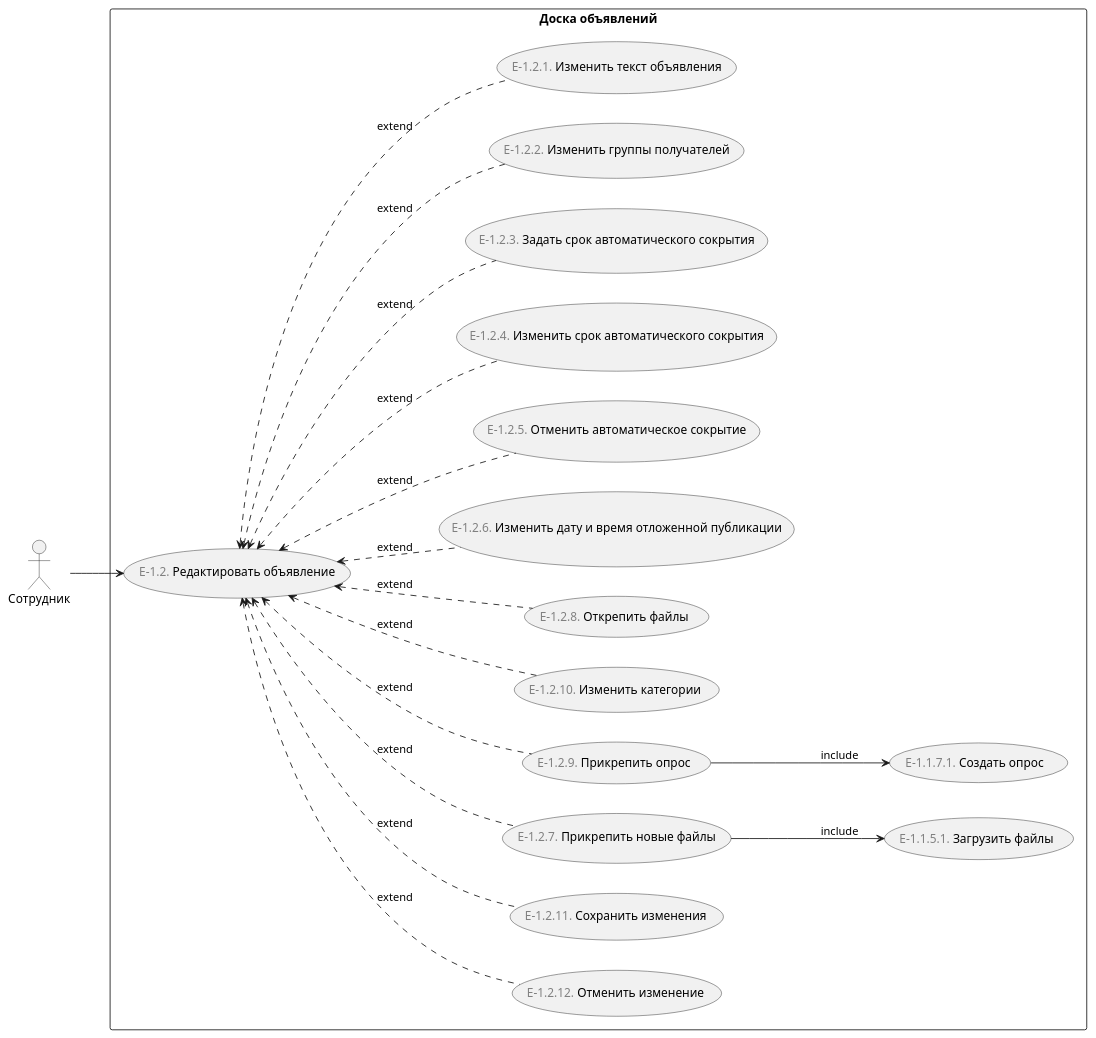
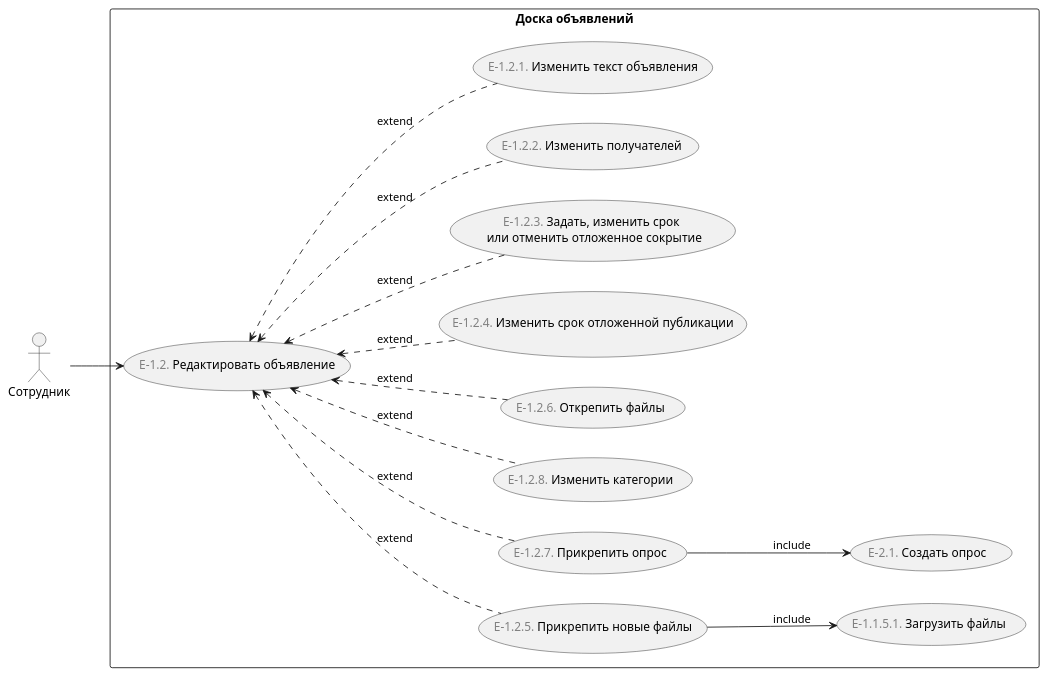
The diagram in doc/диаграммы/варианты-использования/редактировать-объявление.puml (astu-app/ASTU-Bulletin-Board-Server), drawn with PlantUML before and after one commit. The commit also changed 9 other files, not shown here.

```diff
--- a/doc/диаграммы/варианты-использования/редактировать-объявление.puml
+++ b/doc/диаграммы/варианты-использования/редактировать-объявление.puml
@@ -1,34 +1,28 @@
 @startuml
 'https://plantuml.com/use-case-diagram
 
 left to right direction
 
 :Сотрудник: as employee
 
 rectangle "Доска объявлений" {
     (<font color="gray">E-1.2.</font> Редактировать объявление) as edit_announcement
-    (<font color="gray">E-1.2.12.</font> Отменить изменение) as cancel_editing
-    (<font color="gray">E-1.2.11.</font> Сохранить изменения) as save_changes
-    (<font color="gray">E-1.2.7.</font> Прикрепить новые файлы) as add_new_files
-    (<font color="gray">E-1.2.9.</font> Прикрепить опрос) as add_survey
-    (<font color="gray">E-1.2.10.</font> Изменить категории) as edit_categories
+    (<font color="gray">E-1.2.5.</font> Прикрепить новые файлы) as add_new_files
+    (<font color="gray">E-1.2.7.</font> Прикрепить опрос) as add_survey
+    (<font color="gray">E-1.2.8.</font> Изменить категории) as edit_categories
 
     employee --> edit_announcement
      
-    edit_announcement <.. save_changes : extend
-    edit_announcement <.. cancel_editing : extend
     edit_announcement <.. edit_categories : extend
-    edit_announcement <.. (<font color="gray">E-1.2.8.</font> Открепить файлы) : extend
+    edit_announcement <.. (<font color="gray">E-1.2.6.</font> Открепить файлы) : extend
     edit_announcement <.. add_new_files : extend
     edit_announcement <.. add_survey : extend
-    edit_announcement <.. (<font color="gray">E-1.2.6.</font> Изменить дату и время отложенной публикации) : extend
-    edit_announcement <.. (<font color="gray">E-1.2.5.</font> Отменить автоматическое сокрытие) : extend
-    edit_announcement <.. (<font color="gray">E-1.2.4.</font> Изменить срок автоматического сокрытия) : extend
-    edit_announcement <.. (<font color="gray">E-1.2.3.</font> Задать срок автоматического сокрытия) : extend
-    edit_announcement <.. (<font color="gray">E-1.2.2.</font> Изменить группы получателей) : extend
+    edit_announcement <.. (<font color="gray">E-1.2.4.</font> Изменить срок отложенной публикации) : extend
+    edit_announcement <.. (<font color="gray">E-1.2.3.</font> Задать, изменить срок \n или отменить отложенное сокрытие) : extend
+    edit_announcement <.. (<font color="gray">E-1.2.2.</font> Изменить получателей) : extend
     edit_announcement <.. (<font color="gray">E-1.2.1.</font> Изменить текст объявления) : extend
     
     add_new_files --> (<font color="gray">E-1.1.5.1.</font> Загрузить файлы) : include
-    add_survey --> (<font color="gray">E-1.1.7.1.</font> Создать опрос ) : include
+    add_survey --> (<font color="gray">E-2.1.</font> Создать опрос ) : include
 }
 @enduml
```
